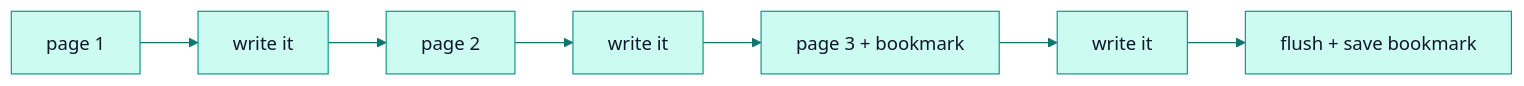
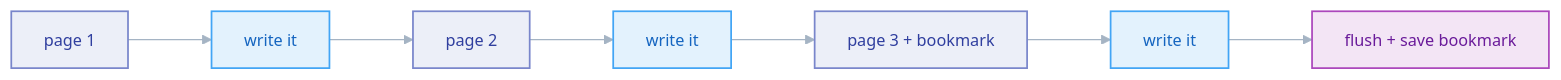
Before and after one commit to PawanSikawat/faucet-stream: the fourth of 5 diagrams in docs/architecture/learn.md, drawn with Mermaid. The commit also changed other lines of this file and 28 other files, not shown here.

First line of the commit message:
docs: upgrade Mermaid diagrams to V2 role-coded style

````diff
--- a/docs/architecture/learn.md
+++ b/docs/architecture/learn.md
@@ -182,5 +198,11 @@
 ```mermaid
-%%{init: {'theme':'base','themeVariables':{'primaryColor':'#ccfbf1','primaryTextColor':'#0f172a','primaryBorderColor':'#0d9488','lineColor':'#0f766e','secondaryColor':'#e0f2fe','tertiaryColor':'#f0fdfa','fontFamily':'-apple-system,BlinkMacSystemFont,Segoe UI,sans-serif'}}}%%
+%%{init: {'theme':'base','flowchart':{'curve':'basis','nodeSpacing':50,'rankSpacing':72,'padding':14},'themeVariables':{'fontFamily':'-apple-system,BlinkMacSystemFont,Segoe UI,sans-serif','fontSize':'14px','lineColor':'#a5b4c4','clusterBkg':'#f8fafc','clusterBorder':'#e2e8f0'}}}%%
 flowchart LR
     P1[page 1] --> W1[write it] --> P2[page 2] --> W2[write it] --> P3[page 3 + bookmark] --> W3[write it] --> CK[flush + save bookmark]
+    classDef proc fill:#eceff8,stroke:#7986cb,stroke-width:1.5px,color:#303f9f
+    classDef store fill:#f3e5f5,stroke:#ab47bc,stroke-width:1.5px,color:#6a1b9a
+    classDef sink fill:#e3f2fd,stroke:#42a5f5,stroke-width:1.5px,color:#1565c0
+    class P1,P2,P3 proc
+    class CK store
+    class W1,W2,W3 sink
 ```
````
